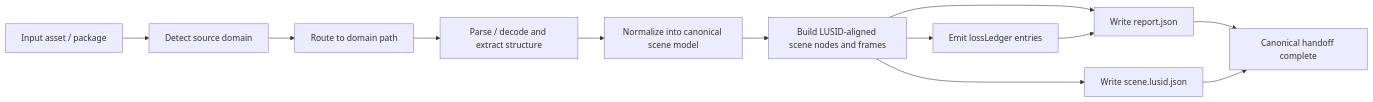
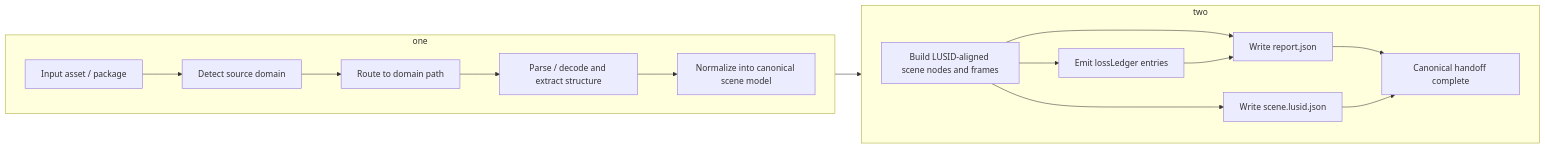
Before and after one commit to Cult-DSP/cult-toolchain-docs: the diagram in CULT-transcoder/03-transcoding-dataflow.md, drawn with Mermaid. The commit also changed 1 other file, not shown here.

Commit message:
cult arch diagram formatting in prog

````diff
--- a/CULT-transcoder/03-transcoding-dataflow.md
+++ b/CULT-transcoder/03-transcoding-dataflow.md
@@ -3,14 +3,23 @@
 ```mermaid
 flowchart LR
-    IN[Input asset / package] --> DETECT[Detect source domain]
-    DETECT --> DISPATCH[Route to domain path]
-    DISPATCH --> EXTRACT[Parse / decode and extract structure]
-    EXTRACT --> NORMALIZE[Normalize into canonical scene model]
-    NORMALIZE --> BUILD[Build LUSID-aligned scene nodes and frames]
-    BUILD --> EXPORT1[Write scene.lusid.json]
-    BUILD --> EXPORT2[Write report.json]
-    BUILD --> LOSS[Emit lossLedger entries]
-    EXPORT2 --> DONE[Canonical handoff complete]
-    EXPORT1 --> DONE
-    LOSS --> EXPORT2
+
+    subgraph one
+        direction LR
+        IN[Input asset / package] --> DETECT[Detect source domain]
+        DETECT --> DISPATCH[Route to domain path]
+        DISPATCH --> EXTRACT[Parse / decode and extract structure]
+        EXTRACT --> NORMALIZE[Normalize into canonical scene model]
+    end
+
+    subgraph two
+        direction LR
+        NORMALIZE --> BUILD[Build LUSID-aligned scene nodes and frames]
+        BUILD --> EXPORT1[Write scene.lusid.json]
+        BUILD --> EXPORT2[Write report.json]
+        BUILD --> LOSS[Emit lossLedger entries]
+        EXPORT2 --> DONE[Canonical handoff complete]
+        EXPORT1 --> DONE
+        LOSS --> EXPORT2
+    end
+
 ```
````
